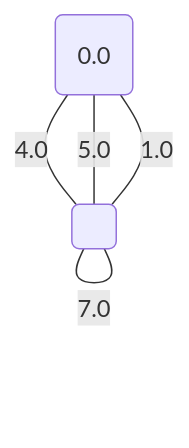
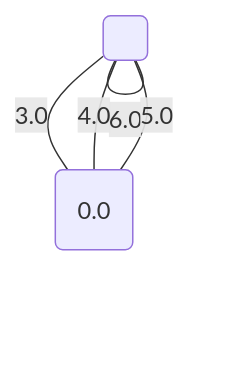
One commit to metury/graphs changed diagram 17 of 17 in project/src/testing/minCutPetersen.md. Above: the diagram before and after it, drawn with Mermaid. The commit also changed other lines of this file and 52 other files, not shown here.

````diff
--- a/project/src/testing/minCutPetersen.md
+++ b/project/src/testing/minCutPetersen.md
@@ -409,10 +408,11 @@
 ```mermaid
 graph TD;
 0("0.0");
 1(" ");
-	1 -- "1.0" --- 0;
-	1 -- "3.0" --- 1;
-	0 -- "4.0" --- 1;
-	0 -- "5.0" --- 1;
-	1 -- "7.0" --- 1;
+	1 -- "1.0" --- 1;
+	1 -- "2.0" --- 1;
+	1 -- "3.0" --- 0;
+	1 -- "4.0" --- 0;
+	1 -- "5.0" --- 0;
+	1 -- "6.0" --- 1;
 ```
````
